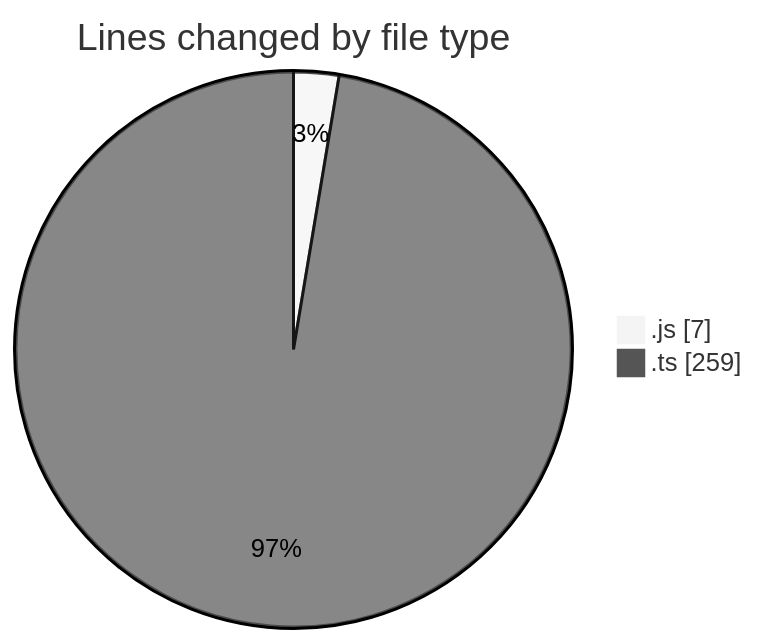
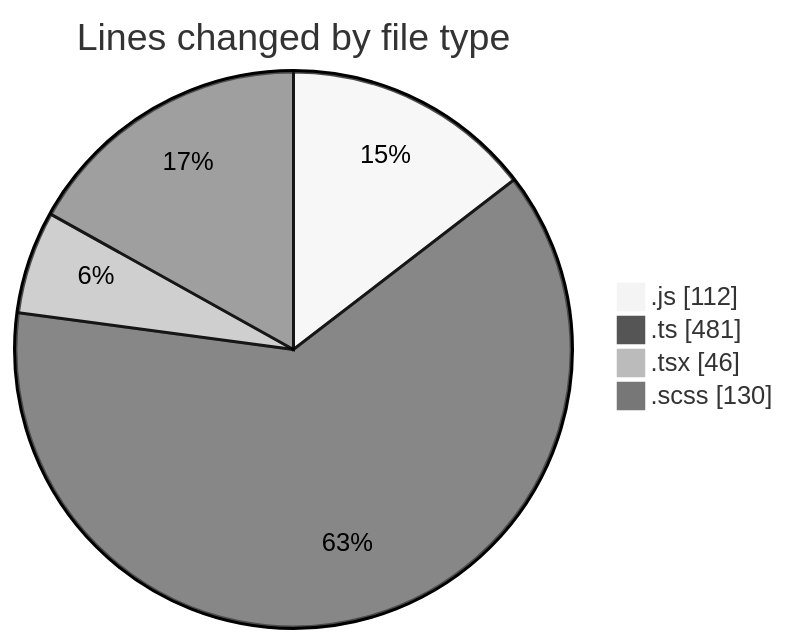
The first of 2 diagrams in 2025-06-18/cda/README.md (momahboobian/code-tracking), drawn with Mermaid (neutral theme) before and after one commit. The commit also changed other lines of this file and 1 other file, not shown here.

````diff
--- a/2025-06-18/cda/README.md
+++ b/2025-06-18/cda/README.md
@@ -25,6 +37,8 @@
 ```mermaid
 pie showData
 title Lines changed by file type
-".js" : 7
-".ts" : 259
+".js" : 112
+".ts" : 481
+".tsx" : 46
+".scss" : 130
 ```
````
